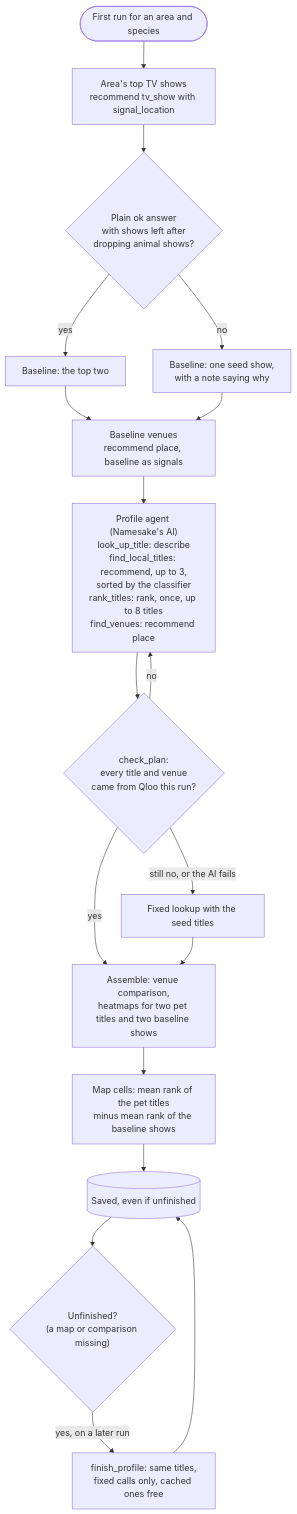
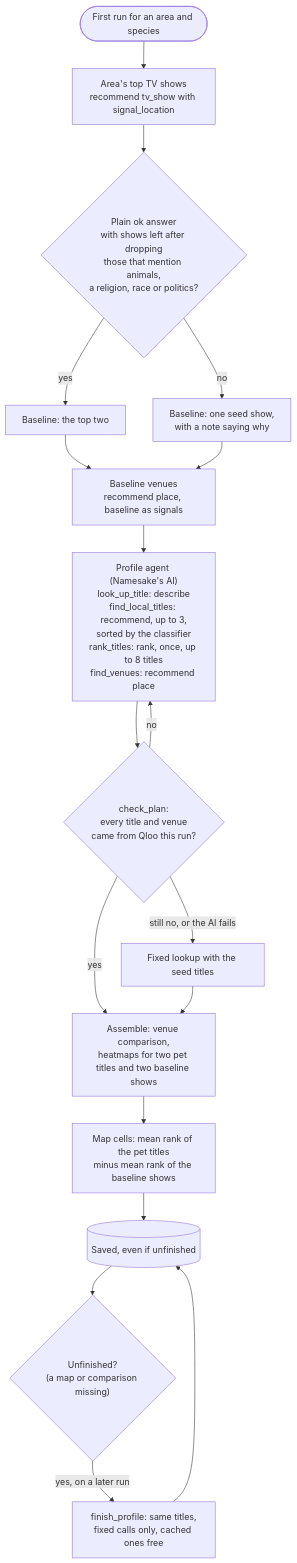
The third of 5 diagrams in docs/architecture.md (bsabau/namesake), drawn with Mermaid before and after one commit. The commit also changed other lines of this file, not shown here.

Commit message:
Architecture doc: the comparison's identity screen and re-choosing a saved one

````diff
--- a/docs/architecture.md
+++ b/docs/architecture.md
@@ -128,20 +128,20 @@
 ```mermaid
 flowchart TD
     start(["First run for an area and species"]) --> tastes["Area's top TV shows<br/>recommend tv_show with signal_location"]
-    tastes --> usable{"Plain ok answer<br/>with shows left after<br/>dropping animal shows?"}
+    tastes --> usable{"Plain ok answer<br/>with shows left after dropping<br/>those that mention animals,<br/>a religion, race or politics?"}
     usable -- yes --> base["Baseline: the top two"]
     usable -- no --> seed["Baseline: one seed show,<br/>with a note saying why"]
     base --> basevenues["Baseline venues<br/>recommend place, baseline as signals"]
     seed --> basevenues
     basevenues --> ai["Profile agent (Namesake's AI)<br/>look_up_title: describe<br/>find_local_titles: recommend, up to 3,<br/>sorted by the classifier<br/>rank_titles: rank, once, up to 8 titles<br/>find_venues: recommend place"]
     ai --> check{"check_plan:<br/>every title and venue<br/>came from Qloo this run?"}
     check -- no --> ai
     check -- "still no, or the AI fails" --> fixed["Fixed lookup with the seed titles"]
     check -- yes --> assemble
     fixed --> assemble["Assemble: venue comparison,<br/>heatmaps for two pet titles and two baseline shows"]
     assemble --> lift["Map cells: mean rank of the pet titles<br/>minus mean rank of the baseline shows"]
     lift --> save[("Saved, even if unfinished")]
     save --> later{"Unfinished?<br/>(a map or comparison missing)"}
     later -- "yes, on a later run" --> finish["finish_profile: same titles,<br/>fixed calls only, cached ones free"]
     finish --> save
 ```
````
